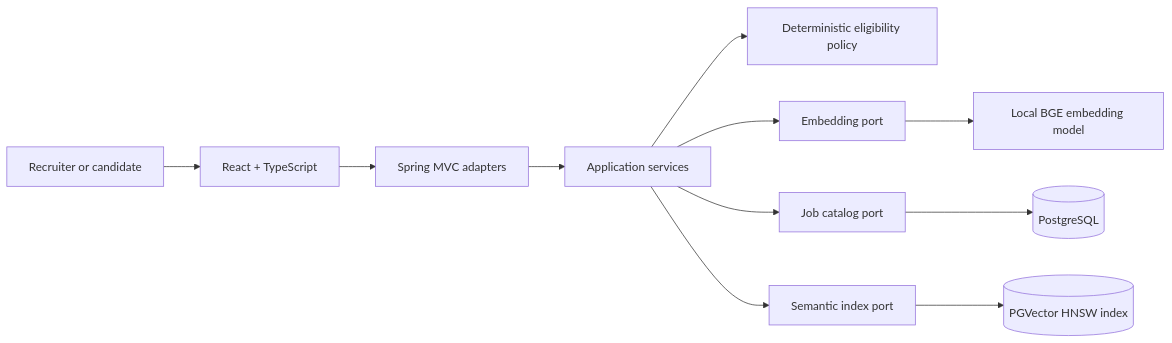
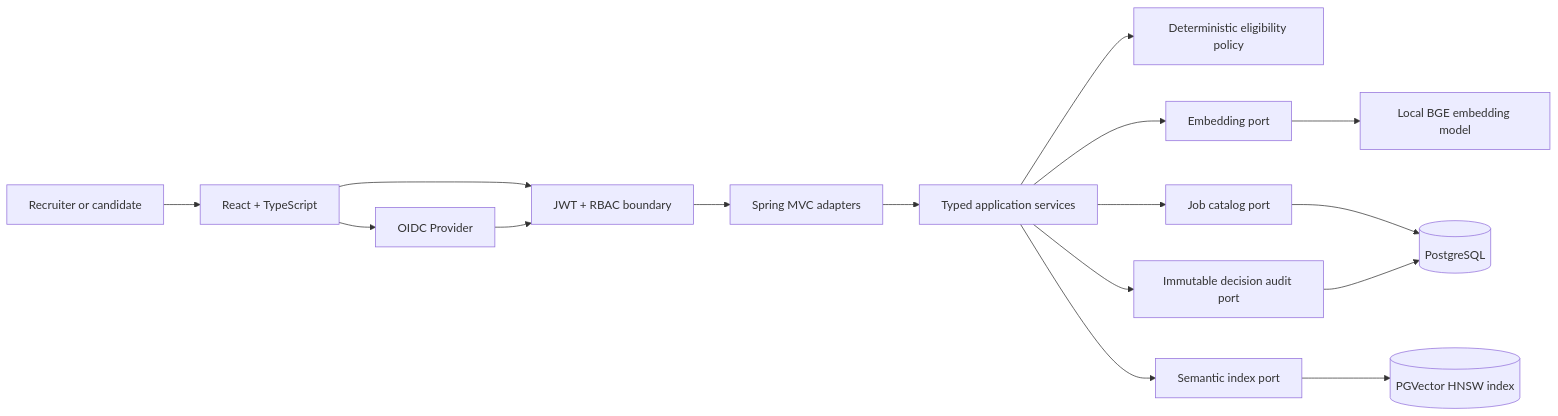
The first of 2 diagrams in README.md (pedrovvitor/talent-intelligence-platform), drawn with Mermaid before and after one commit. The commit also changed other lines of this file and 5 other files, not shown here.

````diff
--- a/README.md
+++ b/README.md
@@ -39,13 +45,18 @@
 ```mermaid
 flowchart LR
     User[Recruiter or candidate] --> React[React + TypeScript]
-    React --> Web[Spring MVC adapters]
-    Web --> App[Application services]
+    React --> IdP[OIDC Provider]
+    React --> Security[JWT + RBAC boundary]
+    IdP --> Security
+    Security --> Web[Spring MVC adapters]
+    Web --> App[Typed application services]
     App --> Policy[Deterministic eligibility policy]
     App --> EmbedPort[Embedding port]
     App --> CatalogPort[Job catalog port]
     App --> VectorPort[Semantic index port]
+    App --> AuditPort[Immutable decision audit port]
     EmbedPort --> BGE[Local BGE embedding model]
     CatalogPort --> PostgreSQL[(PostgreSQL)]
     VectorPort --> PGVector[(PGVector HNSW index)]
+    AuditPort --> PostgreSQL
 ```
````
